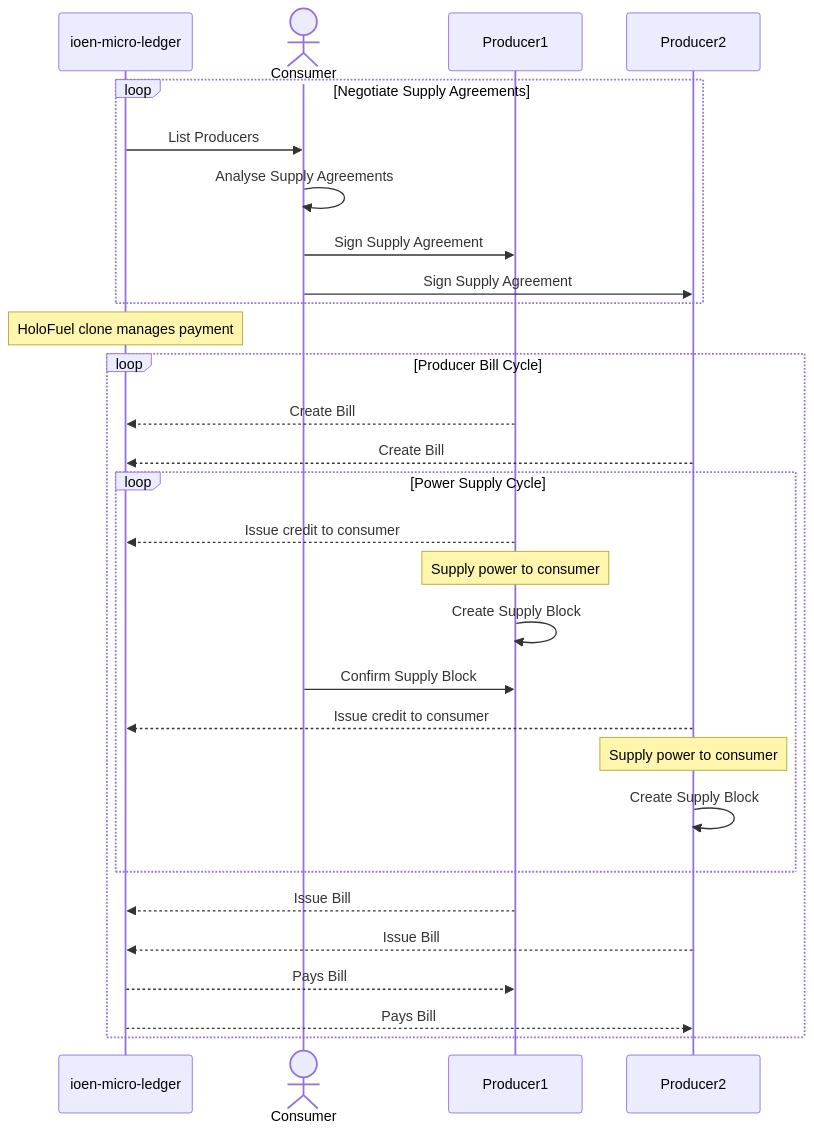
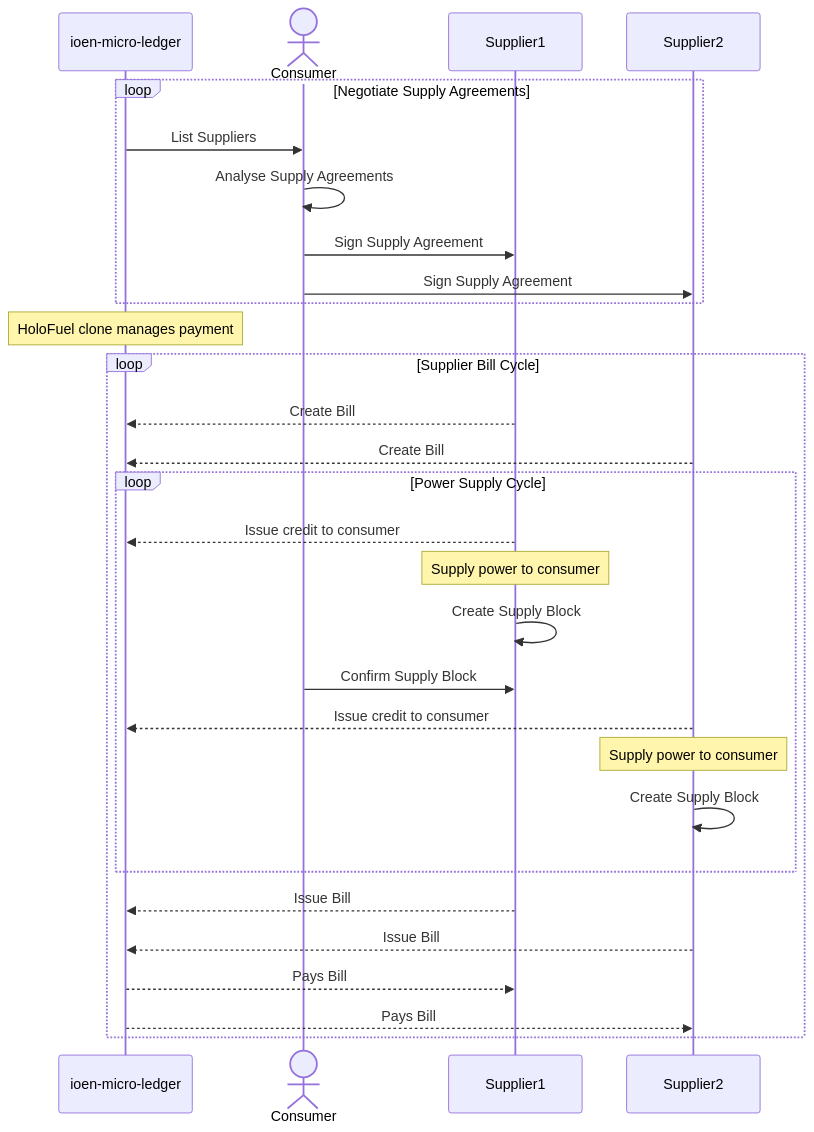
The first of 2 diagrams in SPEC.md (ioen-tech/ioen-micro-ledger), drawn with Mermaid before and after one commit. The commit also changed other lines of this file and 13 other files, not shown here.

Commit message:
Producer is now Supplier

````diff
--- a/SPEC.md
+++ b/SPEC.md
@@ -17,32 +17,32 @@
 ```mermaid
 sequenceDiagram
     participant H as ioen-micro-ledger
     actor C as Consumer
-    participant P1 as Producer1
-    participant P2 as Producer2
+    participant P1 as Supplier1
+    participant P2 as Supplier2
     loop Negotiate Supply Agreements
-        H->>C: List Producers
+        H->>C: List Suppliers
         C->>C: Analyse Supply Agreements
         C->>P1: Sign Supply Agreement
         C->>P2: Sign Supply Agreement
     end 
 
     Note over H: HoloFuel clone manages payment
-    loop Producer Bill Cycle
+    loop Supplier Bill Cycle
         P1-->>H: Create Bill
         P2-->>H: Create Bill
         loop Power Supply Cycle
             P1-->>H: Issue credit to consumer 
             Note over P1: Supply power to consumer
             P1->>P1: Create Supply Block
             C->>P1: Confirm Supply Block
             P2-->>H: Issue credit to consumer 
             Note over P2: Supply power to consumer
             P2->>P2: Create Supply Block
         end
         P1-->>H: Issue Bill
         P2-->>H: Issue Bill
         H-->>P1: Pays Bill
         H-->>P2: Pays Bill
     end
 ```
````
